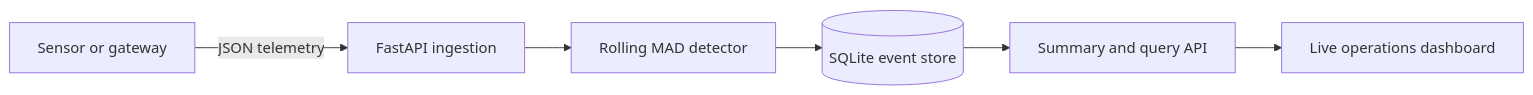
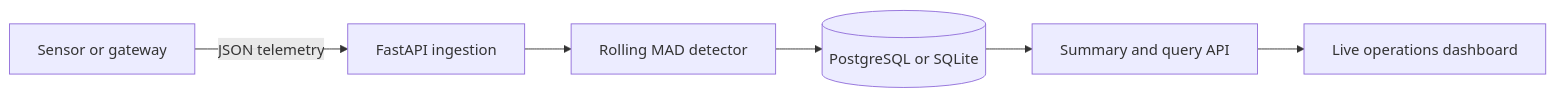
One commit to amkumirab/SensorWatch changed the diagram in README.md. Above: the diagram before and after it, drawn with Mermaid. The commit also changed other lines of this file and 21 other files, not shown here.

Commit message:
Add PostgreSQL persistence and Alembic migrations

````diff
--- a/README.md
+++ b/README.md
@@ -33,8 +33,8 @@
 ```mermaid
 flowchart LR
     A[Sensor or gateway] -->|JSON telemetry| B[FastAPI ingestion]
     B --> C[Rolling MAD detector]
-    C --> D[(SQLite event store)]
+    C --> D[(PostgreSQL or SQLite)]
     D --> E[Summary and query API]
     E --> F[Live operations dashboard]
 ```
````
